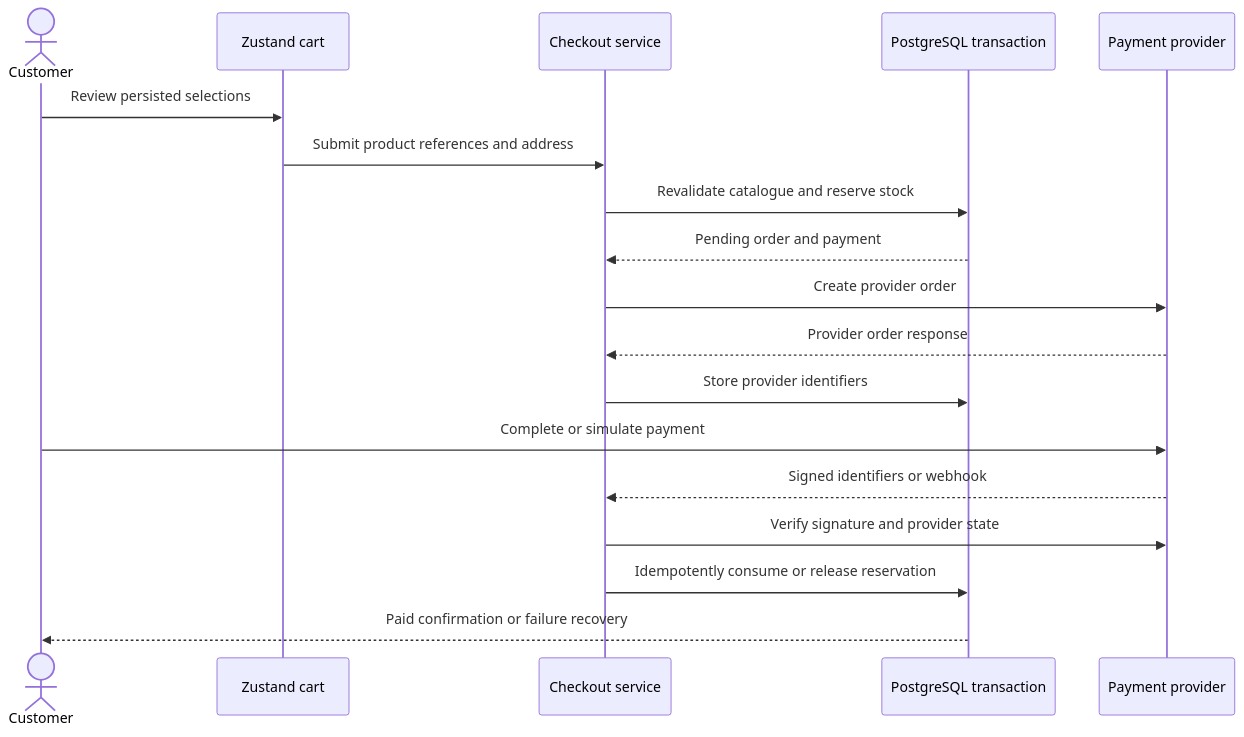
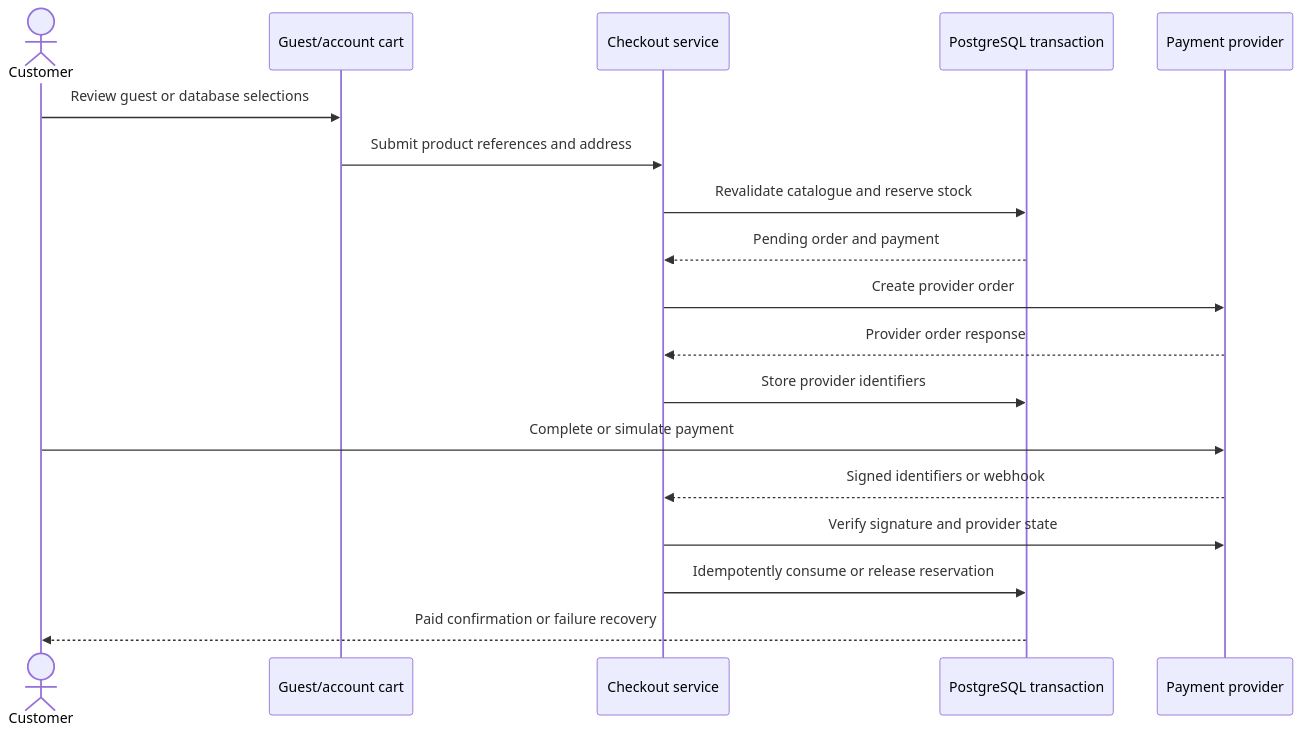
One commit to rajveneeth/printora changed the fourth of 6 diagrams in docs/ARCHITECTURE.md. Above: the diagram before and after it, drawn with Mermaid. The commit also changed other lines of this file and 78 other files, not shown here.

````diff
--- a/docs/ARCHITECTURE.md
+++ b/docs/ARCHITECTURE.md
@@ -158,21 +158,21 @@
 ```mermaid
 sequenceDiagram
     actor Customer
-    participant Cart as Zustand cart
+    participant Cart as Guest/account cart
     participant Checkout as Checkout service
     participant DB as PostgreSQL transaction
     participant Provider as Payment provider
 
-    Customer->>Cart: Review persisted selections
+    Customer->>Cart: Review guest or database selections
     Cart->>Checkout: Submit product references and address
     Checkout->>DB: Revalidate catalogue and reserve stock
     DB-->>Checkout: Pending order and payment
     Checkout->>Provider: Create provider order
     Provider-->>Checkout: Provider order response
     Checkout->>DB: Store provider identifiers
     Customer->>Provider: Complete or simulate payment
     Provider-->>Checkout: Signed identifiers or webhook
     Checkout->>Provider: Verify signature and provider state
     Checkout->>DB: Idempotently consume or release reservation
     DB-->>Customer: Paid confirmation or failure recovery
 ```
````
